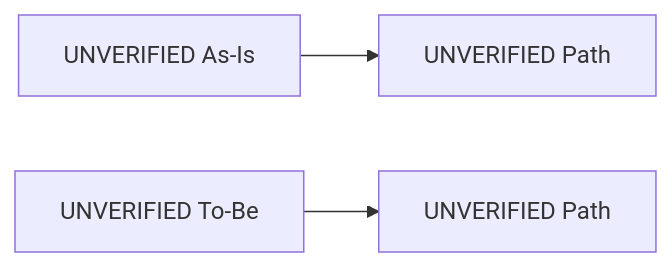
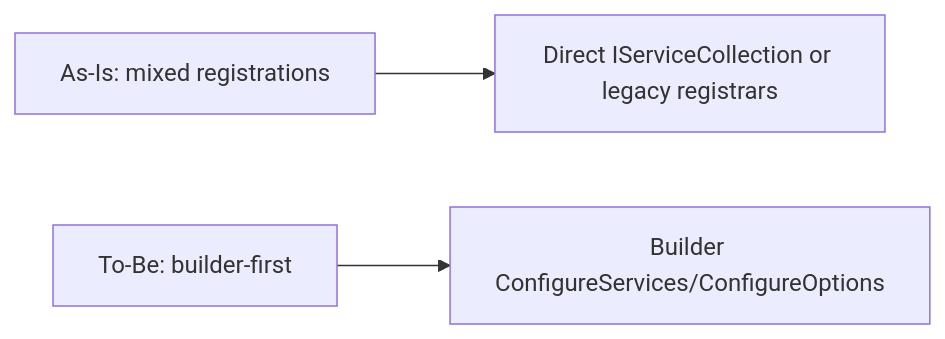
One commit to Gibbs-Morris/mississippi changed the first of 2 diagrams in spec/builder-first-registration/rfc.md. Above: the diagram before and after it, drawn with Mermaid. The commit also changed other lines of this file and 6 other files, not shown here.

Commit message:
spec(builder-first-registration): learned + initial rfc

````diff
--- a/spec/builder-first-registration/rfc.md
+++ b/spec/builder-first-registration/rfc.md
@@ -25,5 +39,5 @@
 ```mermaid
 flowchart LR
-    A[UNVERIFIED As-Is] --> B[UNVERIFIED Path]
-    C[UNVERIFIED To-Be] --> D[UNVERIFIED Path]
+    A[As-Is: mixed registrations] --> B[Direct IServiceCollection or legacy registrars]
+    C[To-Be: builder-first] --> D[Builder ConfigureServices/ConfigureOptions]
 ```
````
